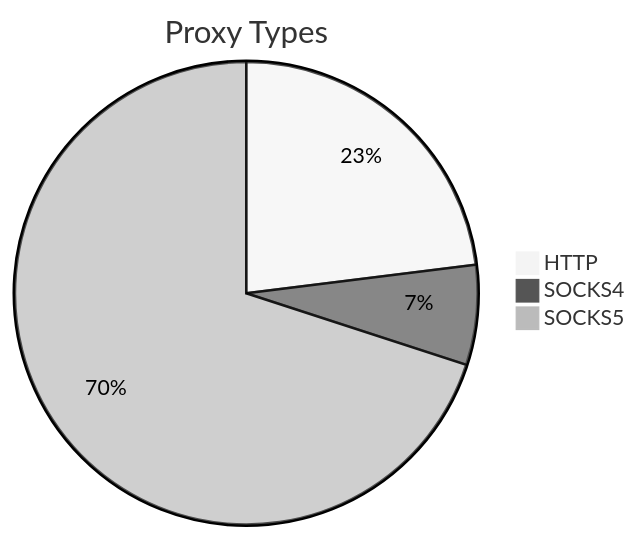
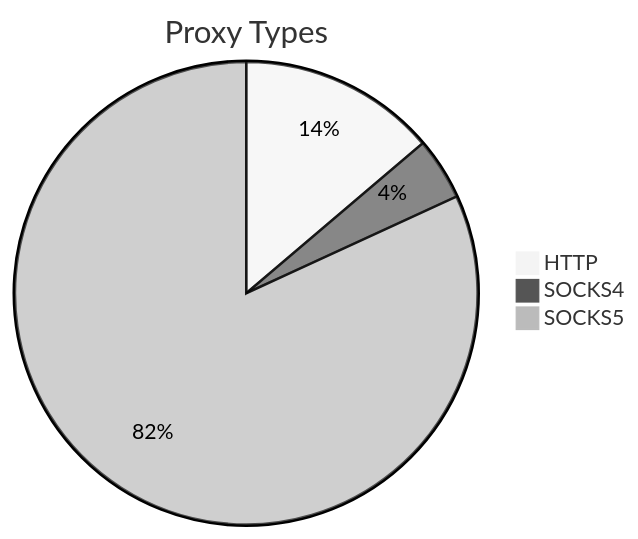
Before and after one commit to stormsia/proxy-list: the first of 2 diagrams in README.md, drawn with Mermaid (neutral theme). The commit also changed other lines of this file, not shown here.

````diff
--- a/README.md
+++ b/README.md
@@ -21,6 +21,6 @@
 ```mermaid
 pie title Proxy Types
-    "HTTP" : 152
-    "SOCKS4" : 46
-    "SOCKS5" : 462
+    "HTTP" : 130
+    "SOCKS4" : 41
+    "SOCKS5" : 772
 ```
````
